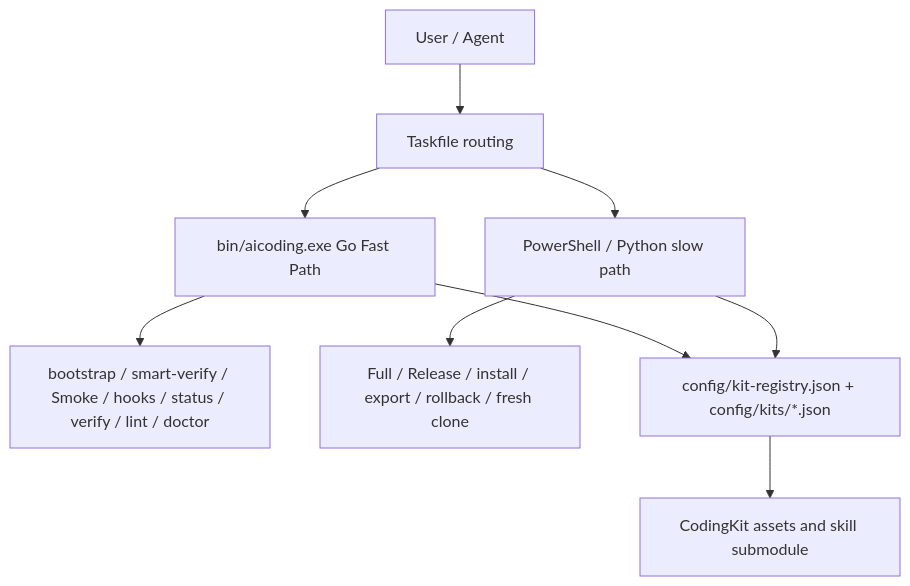
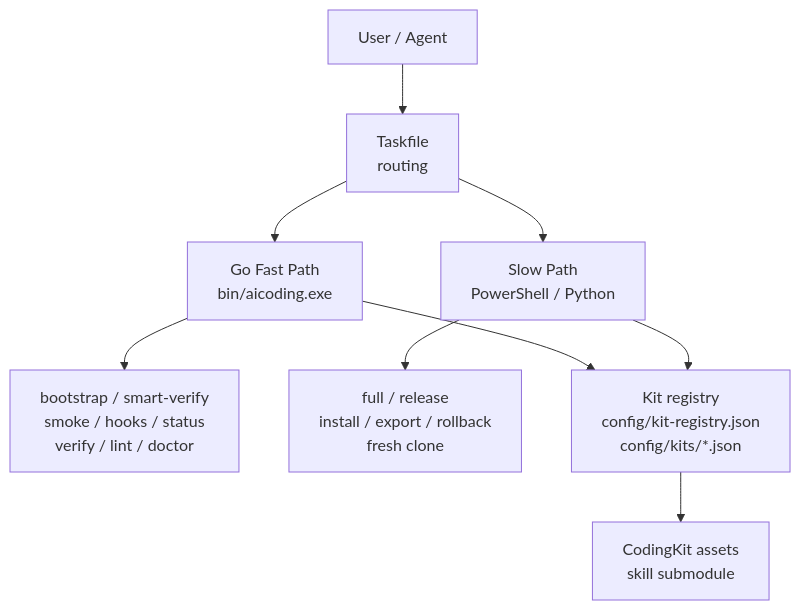
Before and after one commit to JiaxI2/AiCoding: the diagram in README.md, drawn with Mermaid. The commit also changed other lines of this file and 6 other files, not shown here.

````diff
--- a/README.md
+++ b/README.md
@@ -67,11 +51,11 @@
 ```mermaid
 flowchart TD
-  User["User / Agent"] --> Taskfile["Taskfile routing"]
-  Taskfile --> GoCLI["bin/aicoding.exe Go Fast Path"]
-  Taskfile --> Slow["PowerShell / Python slow path"]
-  GoCLI --> Smoke["bootstrap / smart-verify / Smoke / hooks / status / verify / lint / doctor"]
-  Slow --> Full["Full / Release / install / export / rollback / fresh clone"]
-  GoCLI --> Registry["config/kit-registry.json + config/kits/*.json"]
+  User["User / Agent"] --> Taskfile["Taskfile<br/>routing"]
+  Taskfile --> GoCLI["Go Fast Path<br/>bin/aicoding.exe"]
+  Taskfile --> Slow["Slow Path<br/>PowerShell / Python"]
+  GoCLI --> FastChecks["bootstrap / smart-verify<br/>smoke / hooks / status<br/>verify / lint / doctor"]
+  Slow --> Full["full / release<br/>install / export / rollback<br/>fresh clone"]
+  GoCLI --> Registry["Kit registry<br/>config/kit-registry.json<br/>config/kits/*.json"]
   Slow --> Registry
-  Registry --> CodingKit["CodingKit assets and skill submodule"]
+  Registry --> CodingKit["CodingKit assets<br/>skill submodule"]
 ```
````
